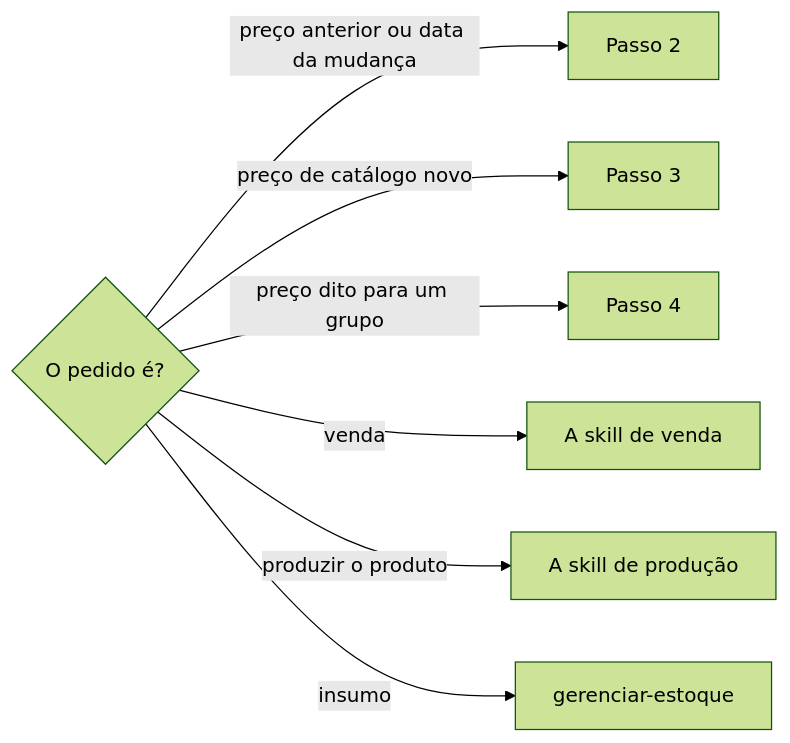
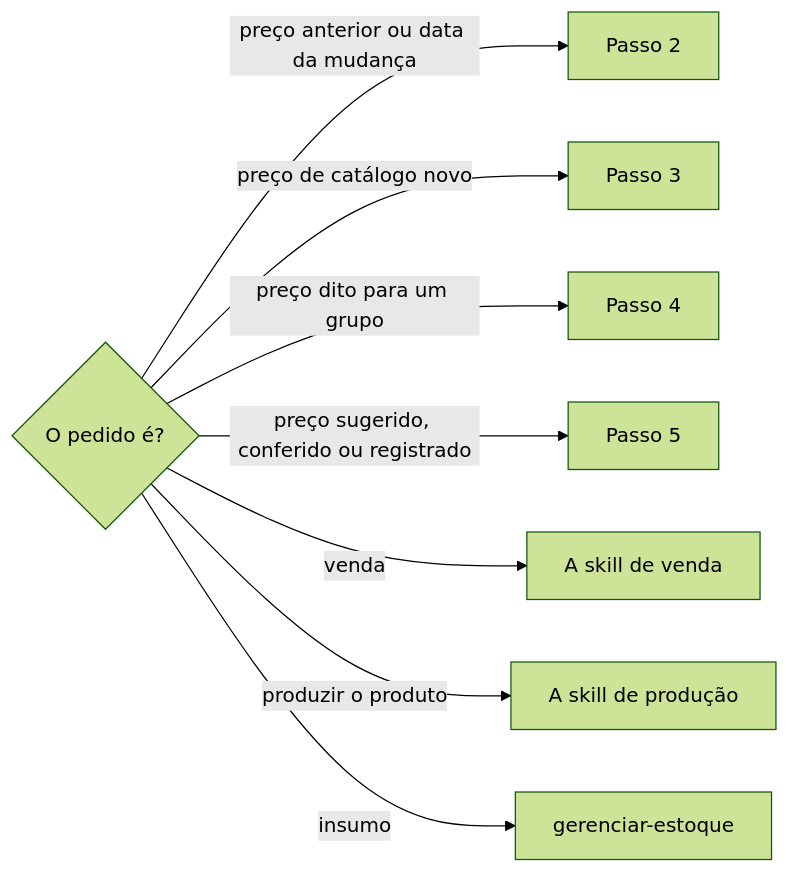
Before and after one commit to jimmyandrade/harness: the diagram in .agents/skills/registrar-preco-de-produto-fisico/SKILL.md, drawn with Mermaid (forest theme). The commit also changed other lines of this file and 1 other file, not shown here.

````diff
--- a/.agents/skills/registrar-preco-de-produto-fisico/SKILL.md
+++ b/.agents/skills/registrar-preco-de-produto-fisico/SKILL.md
@@ -46,9 +48,10 @@
 ```mermaid
 flowchart LR
   Q{O pedido é?} -->|preço anterior ou data da mudança| H[Passo 2]
   Q -->|preço de catálogo novo| R[Passo 3]
   Q -->|preço dito para um grupo| G[Passo 4]
+  Q -->|preço sugerido, conferido ou registrado| F[Passo 5]
   Q -->|venda| V[A skill de venda]
   Q -->|produzir o produto| P[A skill de produção]
   Q -->|insumo| E[gerenciar-estoque]
 ```
````
